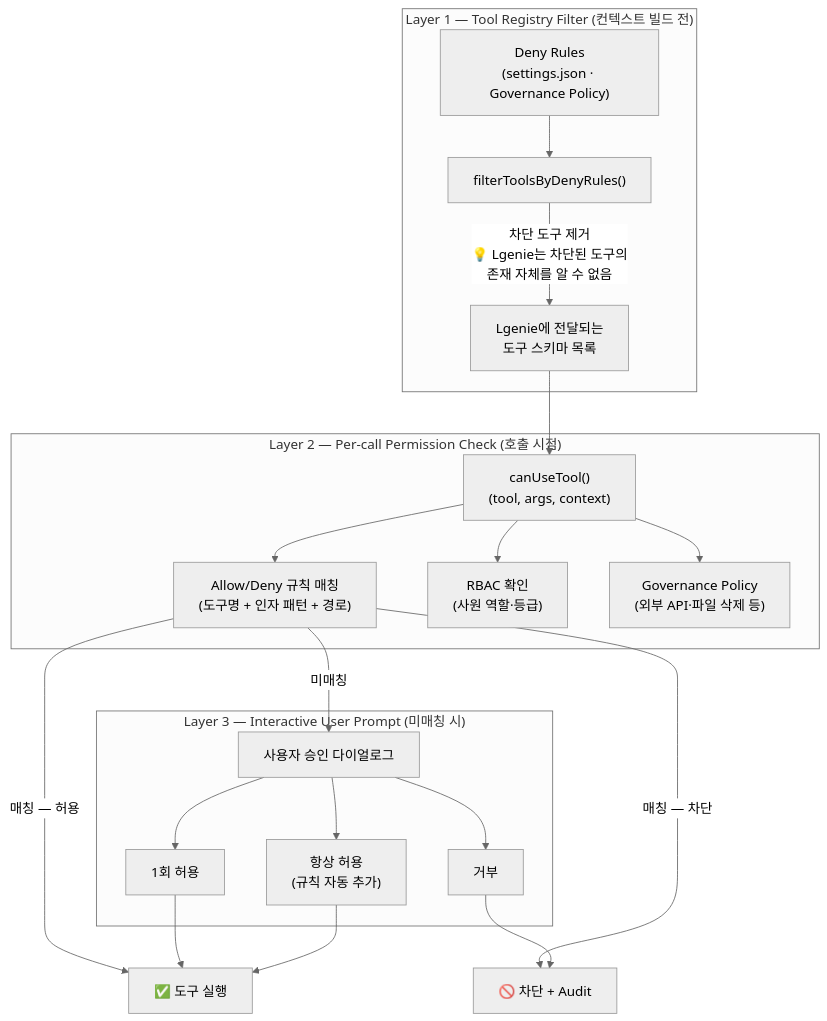
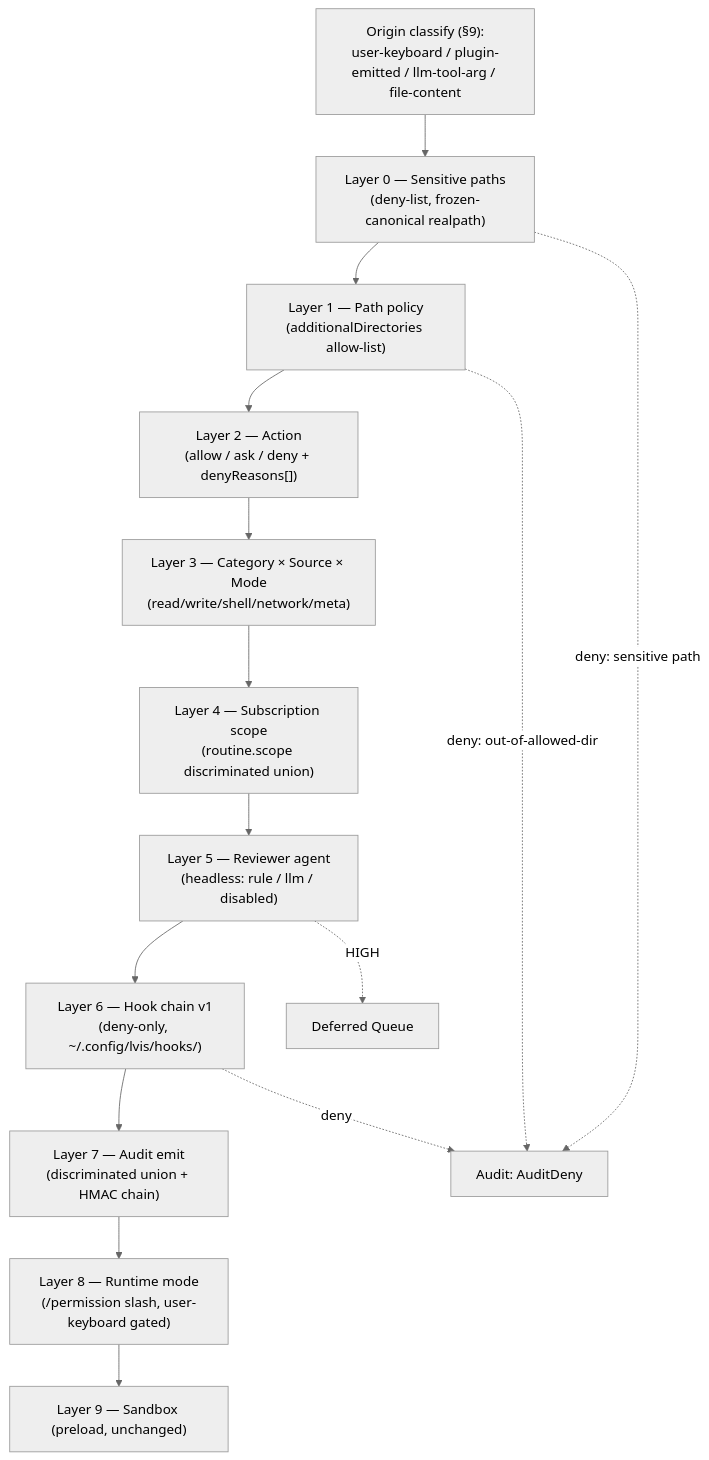
Before and after one commit to lvis-project/lvis-app: diagram 19 of 45 in docs/architecture/architecture.md, drawn with Mermaid (neutral theme). The commit also changed other lines of this file and 228 other files, not shown here.

````diff
--- a/docs/architecture/architecture.md
+++ b/docs/architecture/architecture.md
@@ -1403,37 +1435,20 @@
 ```mermaid
 flowchart TB
-    subgraph "Layer 1 — Tool Registry Filter (컨텍스트 빌드 전)"
-        DENY_RULES["Deny Rules<br/>(settings.json · Governance Policy)"]
-        FILTER["filterToolsByDenyRules()"]
-        VISIBLE["Lgenie에 전달되는<br/>도구 스키마 목록"]
-    end
+    INPUT["Origin classify (§9):<br/>user-keyboard / plugin-emitted / llm-tool-arg / file-content"]
 
-    subgraph "Layer 2 — Per-call Permission Check (호출 시점)"
-        CAN_USE["canUseTool()<br/>(tool, args, context)"]
-        ALLOW_RULES["Allow/Deny 규칙 매칭<br/>(도구명 + 인자 패턴 + 경로)"]
-        RBAC["RBAC 확인<br/>(사원 역할·등급)"]
-        GOV_CHK["Governance Policy<br/>(외부 API·파일 삭제 등)"]
-    end
+    INPUT --> L0["Layer 0 — Sensitive paths<br/>(deny-list, frozen-canonical realpath)"]
+    L0 --> L1["Layer 1 — Path policy<br/>(additionalDirectories allow-list)"]
+    L1 --> L2["Layer 2 — Action<br/>(allow / ask / deny + denyReasons[])"]
+    L2 --> L3["Layer 3 — Category × Source × Mode<br/>(read/write/shell/network/meta)"]
+    L3 --> L4["Layer 4 — Subscription scope<br/>(routine.scope discriminated union)"]
+    L4 --> L5["Layer 5 — Reviewer agent<br/>(headless: rule / llm / disabled)"]
+    L5 --> L6["Layer 6 — Hook chain v1<br/>(deny-only, ~/.config/lvis/hooks/)"]
+    L6 --> L7["Layer 7 — Audit emit<br/>(discriminated union + HMAC chain)"]
+    L7 --> L8["Layer 8 — Runtime mode<br/>(/permission slash, user-keyboard gated)"]
+    L8 --> L9["Layer 9 — Sandbox (preload, unchanged)"]
 
-    subgraph "Layer 3 — Interactive User Prompt (미매칭 시)"
-        PROMPT["사용자 승인 다이얼로그"]
-        ONCE["1회 허용"]
-        ALWAYS["항상 허용<br/>(규칙 자동 추가)"]
-        DENY_ACT["거부"]
-    end
-
-    DENY_RULES --> FILTER
-    FILTER -->|"차단 도구 제거<br/>💡 Lgenie는 차단된 도구의<br/>존재 자체를 알 수 없음"| VISIBLE
-
-    VISIBLE --> CAN_USE
-    CAN_USE --> ALLOW_RULES
-    CAN_USE --> RBAC
-    CAN_USE --> GOV_CHK
-    ALLOW_RULES -->|"매칭 — 허용"| EXEC["✅ 도구 실행"]
-    ALLOW_RULES -->|"매칭 — 차단"| BLOCK["🚫 차단 + Audit"]
-    ALLOW_RULES -->|"미매칭"| PROMPT
-
-    PROMPT --> ONCE --> EXEC
-    PROMPT --> ALWAYS --> EXEC
-    PROMPT --> DENY_ACT --> BLOCK
+    L0 -.->|"deny: sensitive path"| AUDIT_DENY["Audit: AuditDeny"]
+    L1 -.->|"deny: out-of-allowed-dir"| AUDIT_DENY
+    L5 -.->|"HIGH"| DEFERRED["Deferred Queue"]
+    L6 -.->|"deny"| AUDIT_DENY
 ```
````
